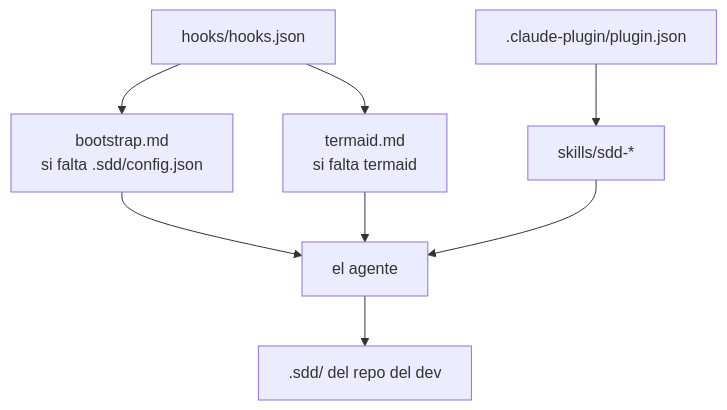
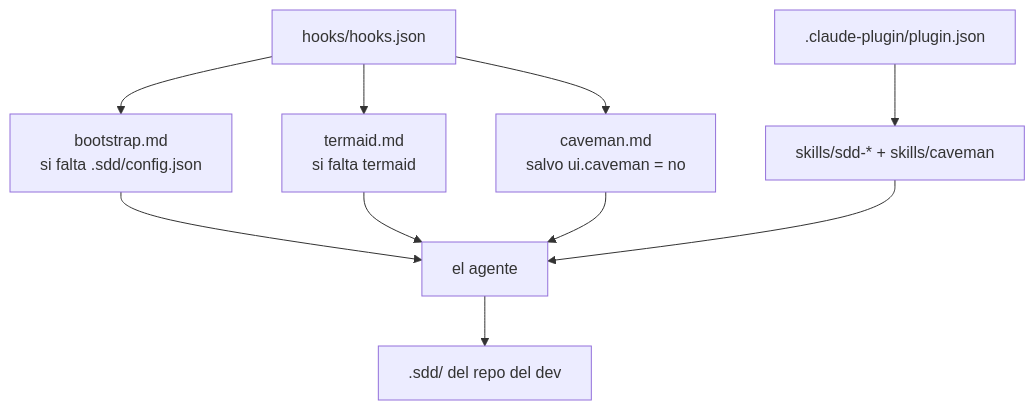
Before and after one commit to ezepaskana/sddkit: the diagram in .sdd/c4/components.md, drawn with Mermaid. The commit also changed other lines of this file and 13 other files, not shown here.

First line of the commit message:
feat(skills): agregar skill caveman activa por default

````diff
--- a/.sdd/c4/components.md
+++ b/.sdd/c4/components.md
@@ -23,10 +25,7 @@
 ```mermaid
 flowchart TD
-  manifest[".claude-plugin/plugin.json"] --> skills["skills/sdd-*"]
-  hooks["hooks/hooks.json"] --> boot["bootstrap.md<br/>si falta .sdd/config.json"]
-  hooks --> term["termaid.md<br/>si falta termaid"]
-  boot --> agente["el agente"]
-  term --> agente
-  skills --> agente
+  manifest[".claude-plugin/plugin.json"] --> skills["skills/sdd-* + skills/caveman"]
+  hooks["hooks/hooks.json"] --> boot["bootstrap.md<br/>si falta .sdd/config.json"] & term["termaid.md<br/>si falta termaid"] & cave["caveman.md<br/>salvo ui.caveman = no"]
+  boot & term & cave & skills --> agente["el agente"]
   agente --> estado[".sdd/ del repo del dev"]
 ```
````
